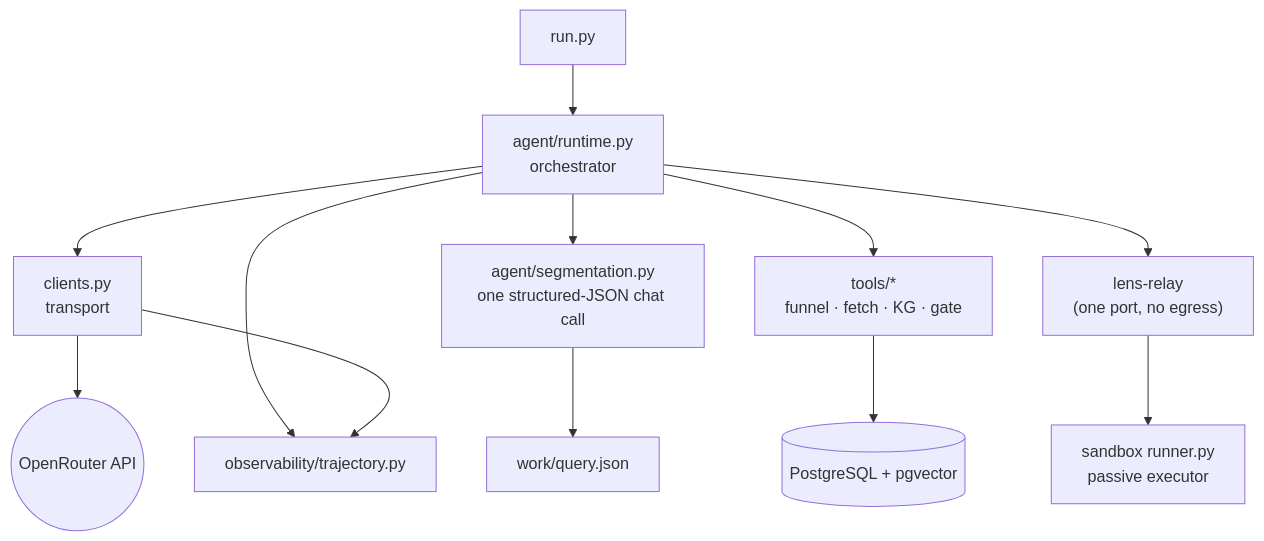
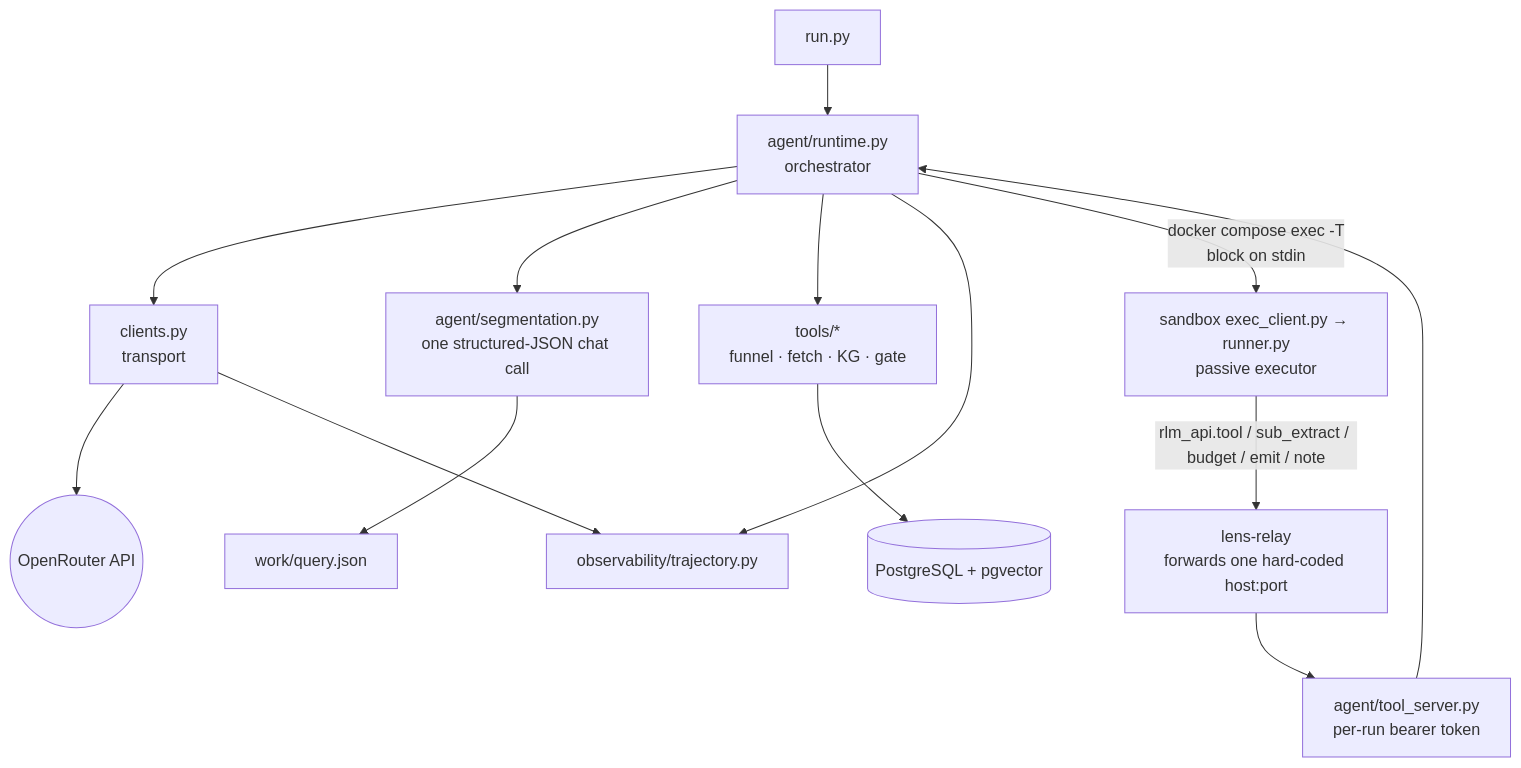
The fifth of 6 diagrams in docs/ARCHITECTURE.md (RSGzen/LENS), drawn with Mermaid before and after one commit. The commit also changed other lines of this file and 2 other files, not shown here.

First line of the commit message:
docs: regenerate the graphs and draw the two channels correctly

````diff
--- a/docs/ARCHITECTURE.md
+++ b/docs/ARCHITECTURE.md
@@ -600,14 +635,16 @@
 ```mermaid
 flowchart TD
     run["run.py"] --> runtime["agent/runtime.py<br/>orchestrator"]
     runtime --> clients["clients.py<br/>transport"]
     clients --> ornet(("OpenRouter API"))
     runtime --> seg["agent/segmentation.py<br/>one structured-JSON chat call"]
     seg --> qjson["work/query.json"]
     runtime --> tools["tools/*<br/>funnel · fetch · KG · gate"]
     tools --> db[("PostgreSQL + pgvector")]
     runtime --> traj["observability/trajectory.py"]
     clients --> traj
-    runtime --> relay["lens-relay<br/>(one port, no egress)"]
-    relay --> sbx["sandbox runner.py<br/>passive executor"]
+    runtime -->|"docker compose exec -T<br/>block on stdin"| sbx["sandbox exec_client.py → runner.py<br/>passive executor"]
+    sbx -->|"rlm_api.tool / sub_extract / budget / emit / note"| relay["lens-relay<br/>forwards one hard-coded host:port"]
+    relay --> server["agent/tool_server.py<br/>per-run bearer token"]
+    server --> runtime
 ```
````
